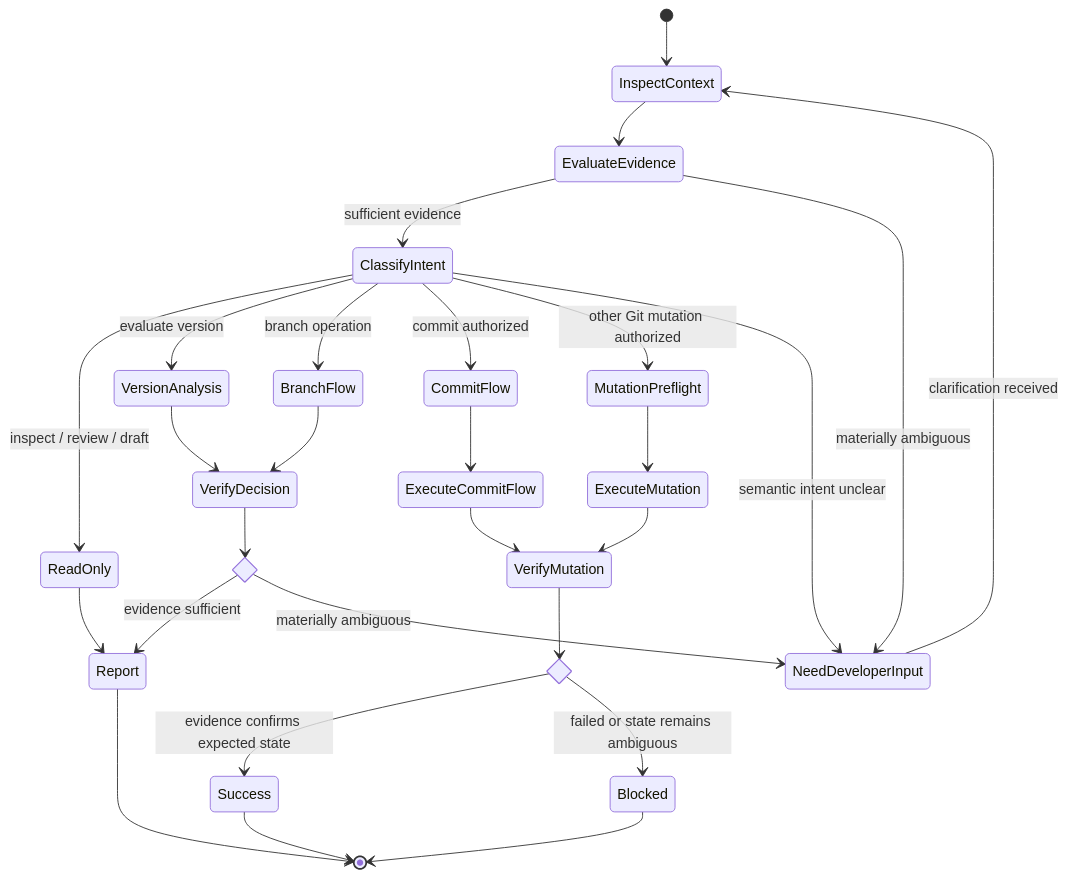
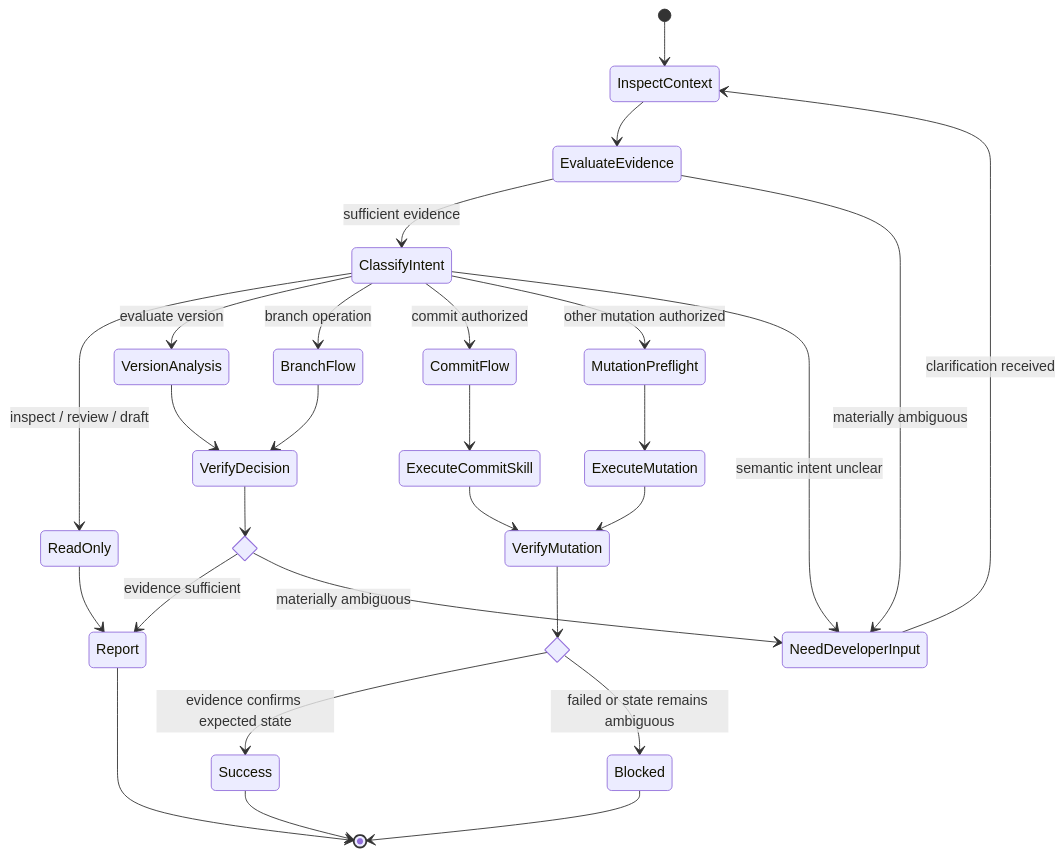
One commit to JadsonLucena/agent-toolkit changed the diagram in contexts/git/agents/git-engineer.md. Above: the diagram before and after it, drawn with Mermaid. The commit also changed other lines of this file, not shown here.

Commit message:
refactor(git): focus git engineer on specialization

````diff
--- a/contexts/git/agents/git-engineer.md
+++ b/contexts/git/agents/git-engineer.md
@@ -68,41 +40,41 @@
 ```mermaid
 stateDiagram-v2
     [*] --> InspectContext
     InspectContext --> EvaluateEvidence
 
     state EvaluateEvidence <<choice>>
     EvaluateEvidence --> ClassifyIntent: sufficient evidence
     EvaluateEvidence --> NeedDeveloperInput: materially ambiguous
 
     NeedDeveloperInput --> InspectContext: clarification received
 
     state ClassifyIntent <<choice>>
     ClassifyIntent --> ReadOnly: inspect / review / draft
     ClassifyIntent --> VersionAnalysis: evaluate version
     ClassifyIntent --> BranchFlow: branch operation
     ClassifyIntent --> CommitFlow: commit authorized
-    ClassifyIntent --> MutationPreflight: other Git mutation authorized
+    ClassifyIntent --> MutationPreflight: other mutation authorized
     ClassifyIntent --> NeedDeveloperInput: semantic intent unclear
 
     ReadOnly --> Report
     VersionAnalysis --> VerifyDecision
     BranchFlow --> VerifyDecision
-    CommitFlow --> ExecuteCommitFlow
-    ExecuteCommitFlow --> VerifyMutation
+    CommitFlow --> ExecuteCommitSkill
+    ExecuteCommitSkill --> VerifyMutation
     MutationPreflight --> ExecuteMutation
     ExecuteMutation --> VerifyMutation
 
     state DecisionResult <<choice>>
     VerifyDecision --> DecisionResult
     DecisionResult --> Report: evidence sufficient
     DecisionResult --> NeedDeveloperInput: materially ambiguous
 
     state MutationResult <<choice>>
     VerifyMutation --> MutationResult
     MutationResult --> Success: evidence confirms expected state
     MutationResult --> Blocked: failed or state remains ambiguous
 
     Report --> [*]
     Success --> [*]
     Blocked --> [*]
 ```
````
